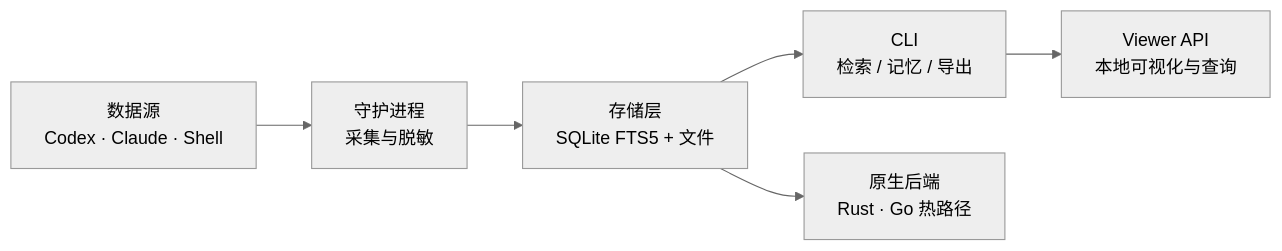
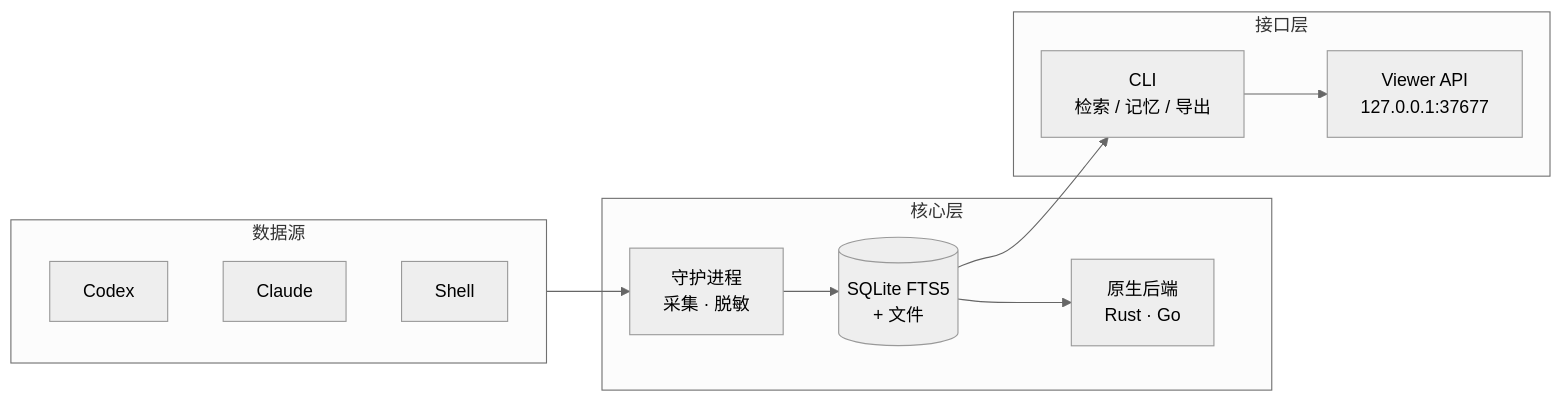
The second of 2 diagrams in README.md (dunova/context-mesh-foundry), drawn with Mermaid (neutral theme) before and after one commit. The commit also changed other lines of this file and 36 other files, not shown here.

````diff
--- a/README.md
+++ b/README.md
@@ -227,8 +251,25 @@
 ```mermaid
 flowchart LR
-    A["数据源\nCodex · Claude · Shell"] --> B["守护进程\n采集与脱敏"]
-    B --> C["存储层\nSQLite FTS5 + 文件"]
-    C --> D["CLI\n检索 / 记忆 / 导出"]
-    C --> F["原生后端\nRust · Go 热路径"]
-    D --> E["Viewer API\n本地可视化与查询"]
+    subgraph 数据源
+        A1[Codex]
+        A2[Claude]
+        A3[Shell]
+    end
+
+    subgraph 核心层
+        B[守护进程\n采集 · 脱敏]
+        C[(SQLite FTS5\n+ 文件)]
+        F[原生后端\nRust · Go]
+    end
+
+    subgraph 接口层
+        D[CLI\n检索 / 记忆 / 导出]
+        E[Viewer API\n127.0.0.1:37677]
+    end
+
+    数据源 --> B
+    B --> C
+    C --> F
+    C --> D
+    D --> E
 ```
````
